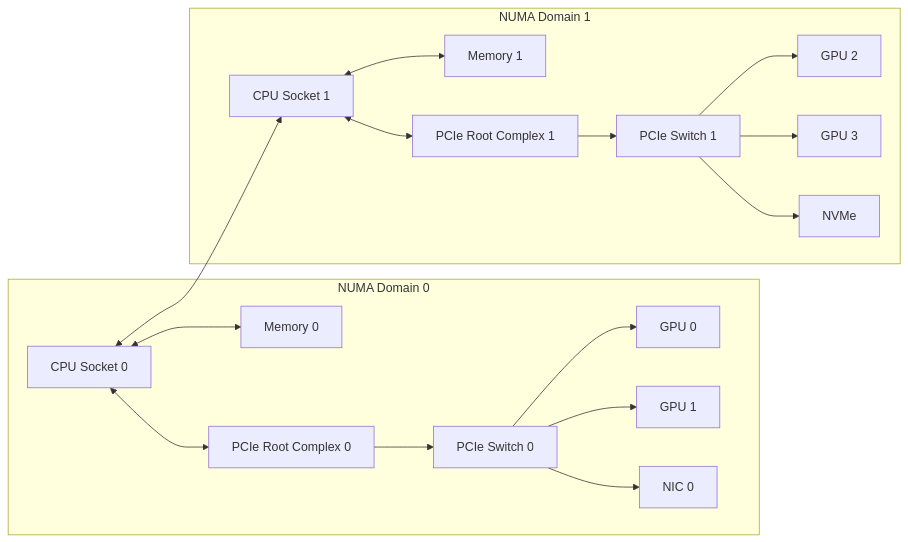
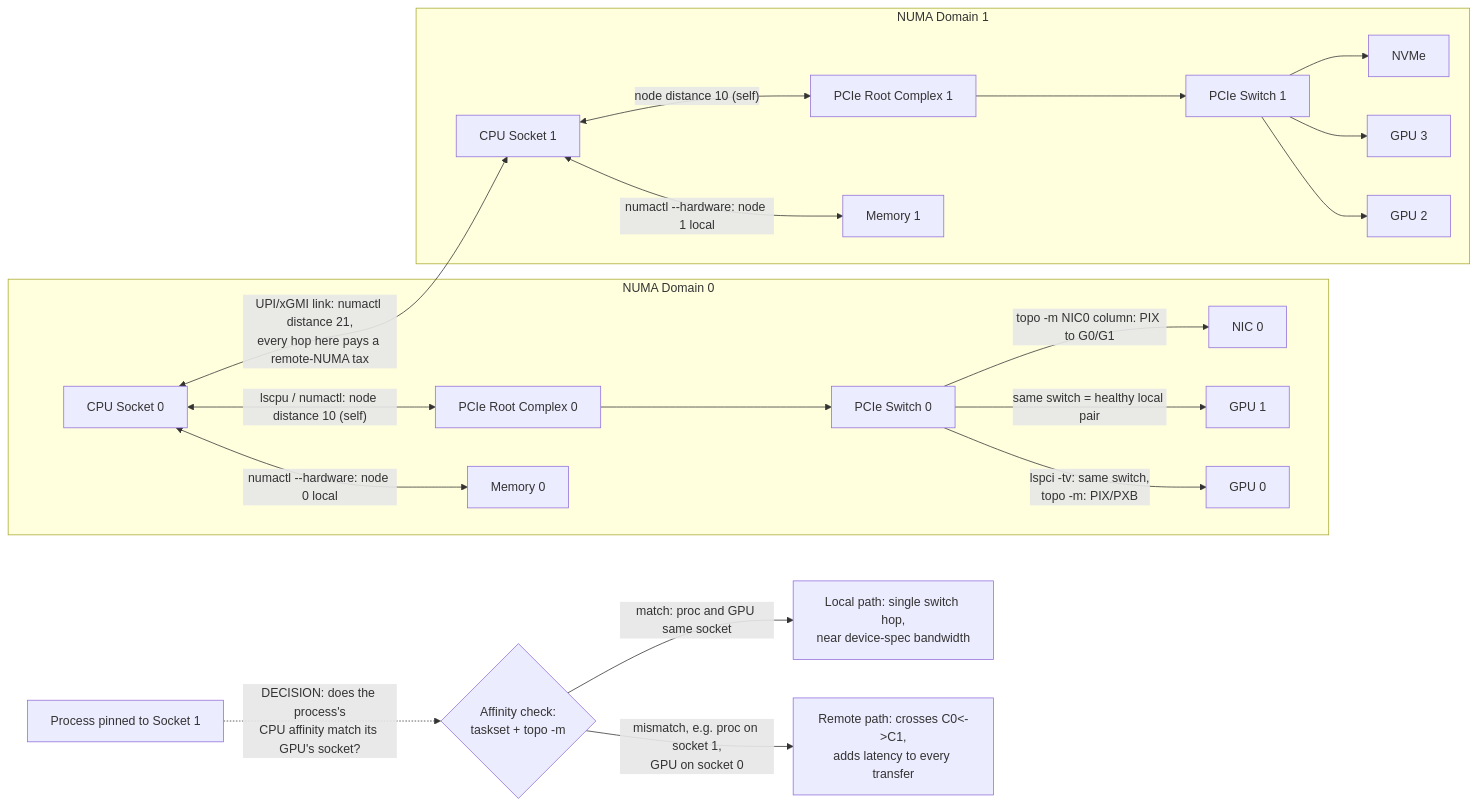
The first of 4 diagrams in docs/nvidia-zero-to-hero/volume-07/chapter-02-pcie-numa-and-host-data-paths.md (jithinpnjm/nvidia-devops), drawn with Mermaid before and after one commit. The commit also changed other lines of this file and 10 other files, not shown here.

````diff
--- a/docs/nvidia-zero-to-hero/volume-07/chapter-02-pcie-numa-and-host-data-paths.md
+++ b/docs/nvidia-zero-to-hero/volume-07/chapter-02-pcie-numa-and-host-data-paths.md
@@ -60,34 +60,38 @@
 ```mermaid
 flowchart LR
     subgraph N0[NUMA Domain 0]
         C0[CPU Socket 0]
         M0[Memory 0]
         R0[PCIe Root Complex 0]
         S0[PCIe Switch 0]
         G0[GPU 0]
         G1[GPU 1]
         NICA[NIC 0]
     end
 
     subgraph N1[NUMA Domain 1]
         C1[CPU Socket 1]
         M1[Memory 1]
         R1[PCIe Root Complex 1]
         S1[PCIe Switch 1]
         G2[GPU 2]
         G3[GPU 3]
         NVME[NVMe]
     end
 
-    C0 <--> M0
-    C1 <--> M1
-    C0 <--> R0 --> S0
-    C1 <--> R1 --> S1
-    S0 --> G0
-    S0 --> G1
-    S0 --> NICA
+    C0 <-->|"numactl --hardware: node 0 local"| M0
+    C1 <-->|"numactl --hardware: node 1 local"| M1
+    C0 <-->|"lscpu / numactl: node distance 10 (self)"| R0 --> S0
+    C1 <-->|"node distance 10 (self)"| R1 --> S1
+    S0 -->|"lspci -tv: same switch,\ntopo -m: PIX/PXB"| G0
+    S0 -->|"same switch = healthy local pair"| G1
+    S0 -->|"topo -m NIC0 column: PIX to G0/G1"| NICA
     S1 --> G2
     S1 --> G3
     S1 --> NVME
-    C0 <--> C1
+    C0 <-->|"UPI/xGMI link: numactl distance 21,\nevery hop here pays a remote-NUMA tax"| C1
+
+    Proc[Process pinned to Socket 1] -.->|"DECISION: does the process's\nCPU affinity match its GPU's socket?"| Aff{Affinity check:\ntaskset + topo -m}
+    Aff -->|"mismatch, e.g. proc on socket 1,\nGPU on socket 0"| Remote[Remote path: crosses C0<->C1,\nadds latency to every transfer]
+    Aff -->|"match: proc and GPU same socket"| Local[Local path: single switch hop,\nnear device-spec bandwidth]
 ```
````
